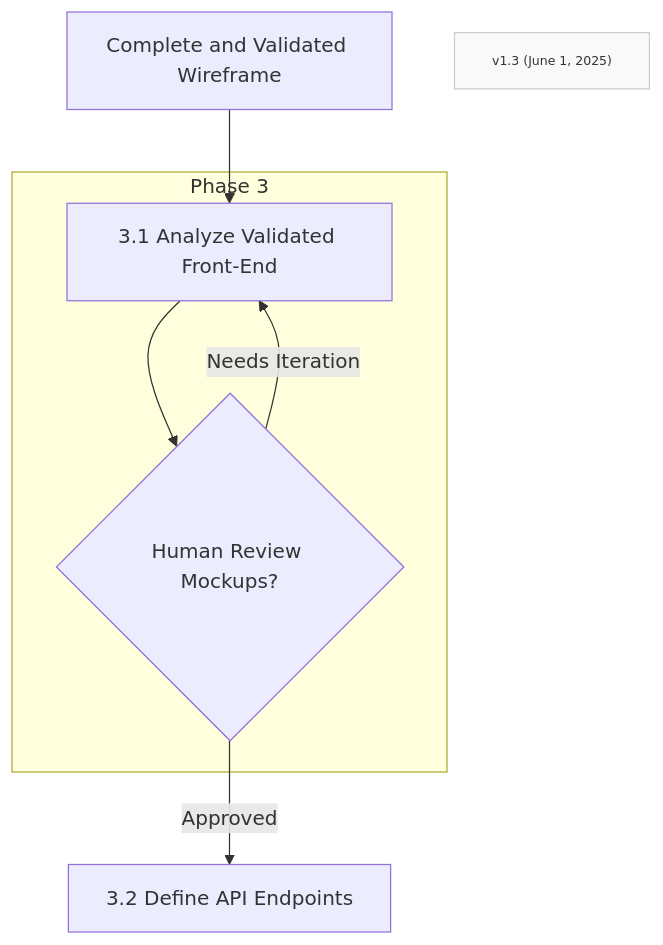
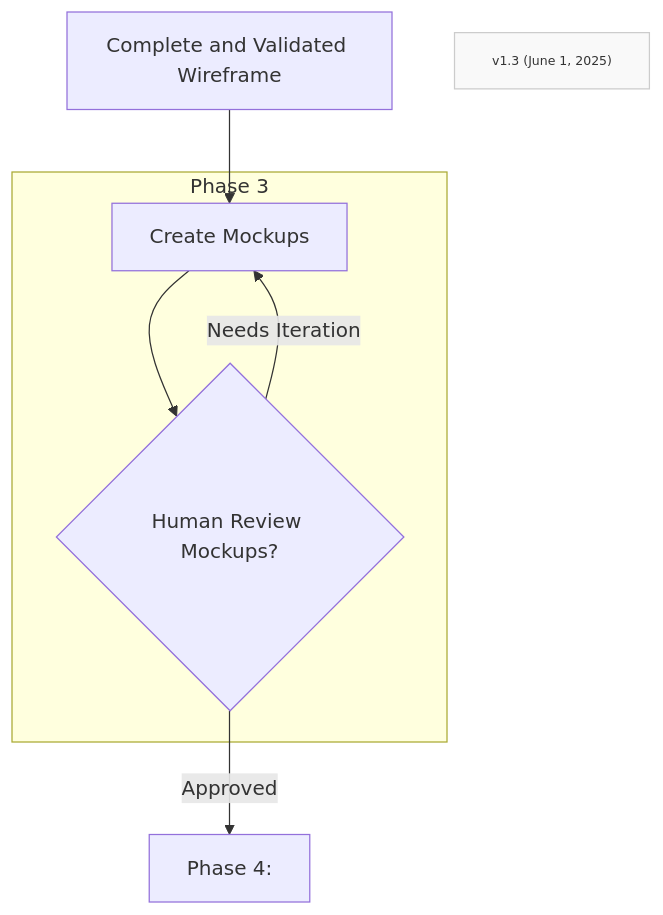
Before and after one commit to Mharbulous/Front-First-Method: the diagram in Method/FF-phase3.md, drawn with Mermaid.

Commit message:
Refine Phase 3 diagram

````diff
--- a/Method/FF-phase3.md
+++ b/Method/FF-phase3.md
@@ -2,17 +2,17 @@
 ```mermaid
 graph TD
     
-B1["Complete and Validated Wireframe"] --> B2["3.1 Analyze Validated Front-End"]
+B1["Complete and Validated Wireframe"] --> B2["Create Mockups"]
 
         subgraph Phase3 ["Phase 3"]
         B2 --> B2_Val{"Human Review Mockups?"}
         B2_Val -->|Needs Iteration| B2
     end
 
-B2_Val -->|Approved| B3["3.2 Define API Endpoints"]
+B2_Val -->|Approved| B3["Phase 4:  "]
 
 Version["v1.3 (June 1, 2025)"]    
 classDef version fill:#f9f9f9,stroke:#ccc,font-size:10px
 class Version version
 
 ```
````
